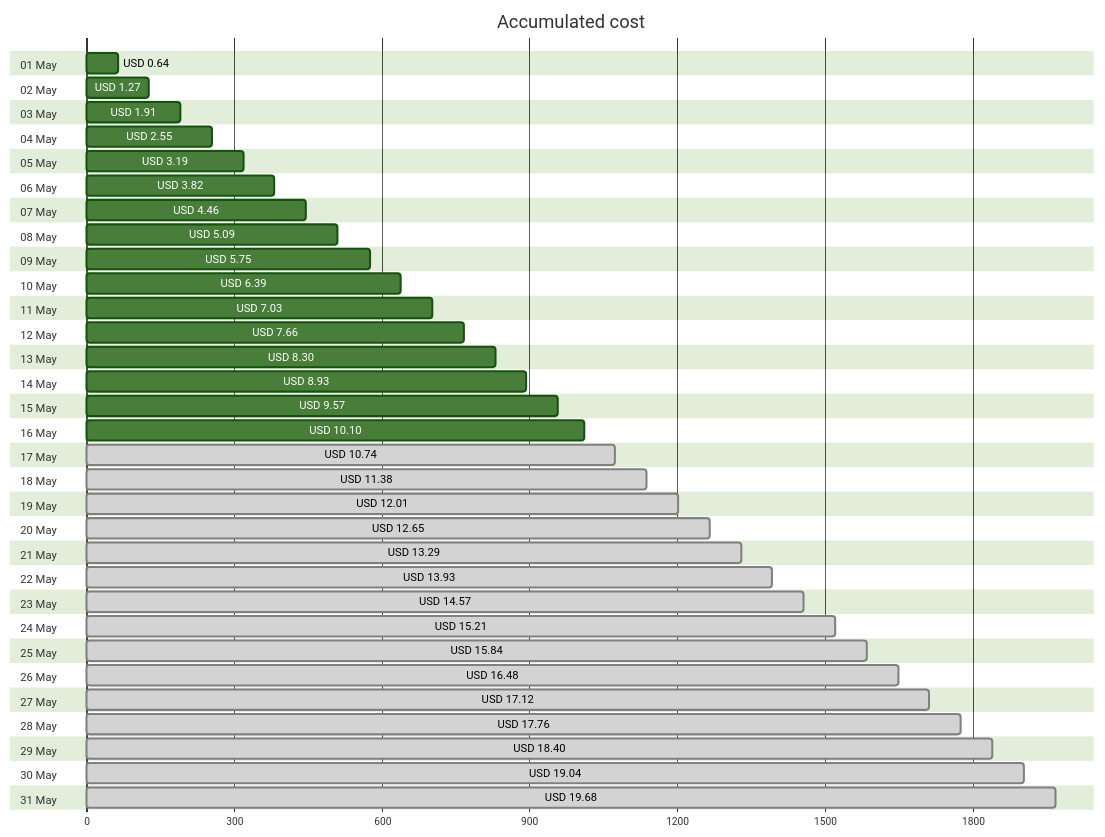
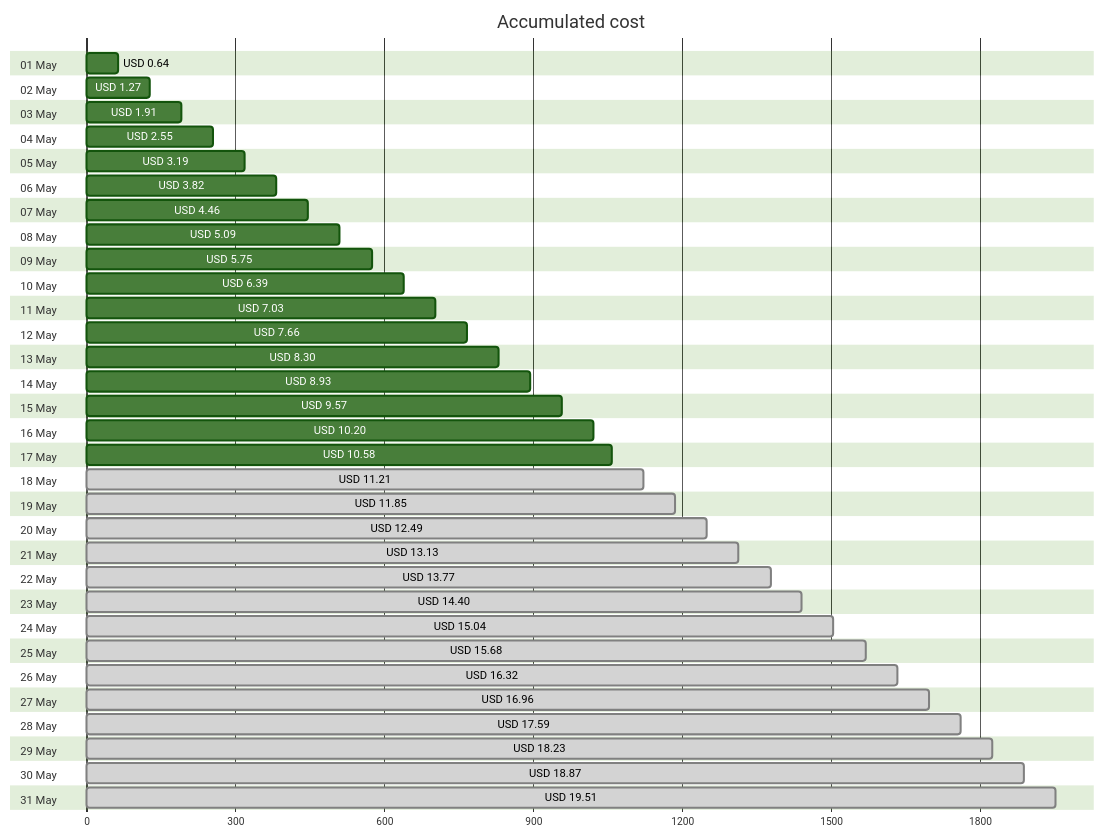
One commit to jpfulton/azure-personal-reports changed the first of 4 diagrams in cost-reports/accumulated-cost.md. Above: the diagram before and after it, drawn with Mermaid (forest theme). The commit also changed other lines of this file and 4 other files, not shown here.

````diff
--- a/cost-reports/accumulated-cost.md
+++ b/cost-reports/accumulated-cost.md
@@ -20,68 +20,68 @@
 ```mermaid
 gantt
    title Accumulated cost
    dateFormat  X
    axisFormat %s
    section 01 May
    USD 0.64 :0, 64
    section 02 May
    USD 1.27 :0, 127
    section 03 May
    USD 1.91 :0, 191
    section 04 May
    USD 2.55 :0, 255
    section 05 May
    USD 3.19 :0, 319
    section 06 May
    USD 3.82 :0, 382
    section 07 May
    USD 4.46 :0, 446
    section 08 May
    USD 5.09 :0, 509
    section 09 May
    USD 5.75 :0, 575
    section 10 May
    USD 6.39 :0, 639
    section 11 May
    USD 7.03 :0, 703
    section 12 May
    USD 7.66 :0, 766
    section 13 May
    USD 8.30 :0, 830
    section 14 May
    USD 8.93 :0, 893
    section 15 May
    USD 9.57 :0, 957
    section 16 May
-   USD 10.10 :0, 1010
+   USD 10.20 :0, 1020
    section 17 May
-   USD 10.74 : done, 0, 1074
+   USD 10.58 :0, 1058
    section 18 May
-   USD 11.38 : done, 0, 1138
+   USD 11.21 : done, 0, 1121
    section 19 May
-   USD 12.01 : done, 0, 1201
+   USD 11.85 : done, 0, 1185
    section 20 May
-   USD 12.65 : done, 0, 1265
+   USD 12.49 : done, 0, 1249
    section 21 May
-   USD 13.29 : done, 0, 1329
+   USD 13.13 : done, 0, 1313
    section 22 May
-   USD 13.93 : done, 0, 1393
+   USD 13.77 : done, 0, 1377
    section 23 May
-   USD 14.57 : done, 0, 1457
+   USD 14.40 : done, 0, 1440
    section 24 May
-   USD 15.21 : done, 0, 1521
+   USD 15.04 : done, 0, 1504
    section 25 May
-   USD 15.84 : done, 0, 1584
+   USD 15.68 : done, 0, 1568
    section 26 May
-   USD 16.48 : done, 0, 1648
+   USD 16.32 : done, 0, 1632
    section 27 May
-   USD 17.12 : done, 0, 1712
+   USD 16.96 : done, 0, 1696
    section 28 May
-   USD 17.76 : done, 0, 1776
+   USD 17.59 : done, 0, 1759
    section 29 May
-   USD 18.40 : done, 0, 1840
+   USD 18.23 : done, 0, 1823
    section 30 May
-   USD 19.04 : done, 0, 1904
+   USD 18.87 : done, 0, 1887
    section 31 May
-   USD 19.68 : done, 0, 1968
+   USD 19.51 : done, 0, 1951
 ```
````
